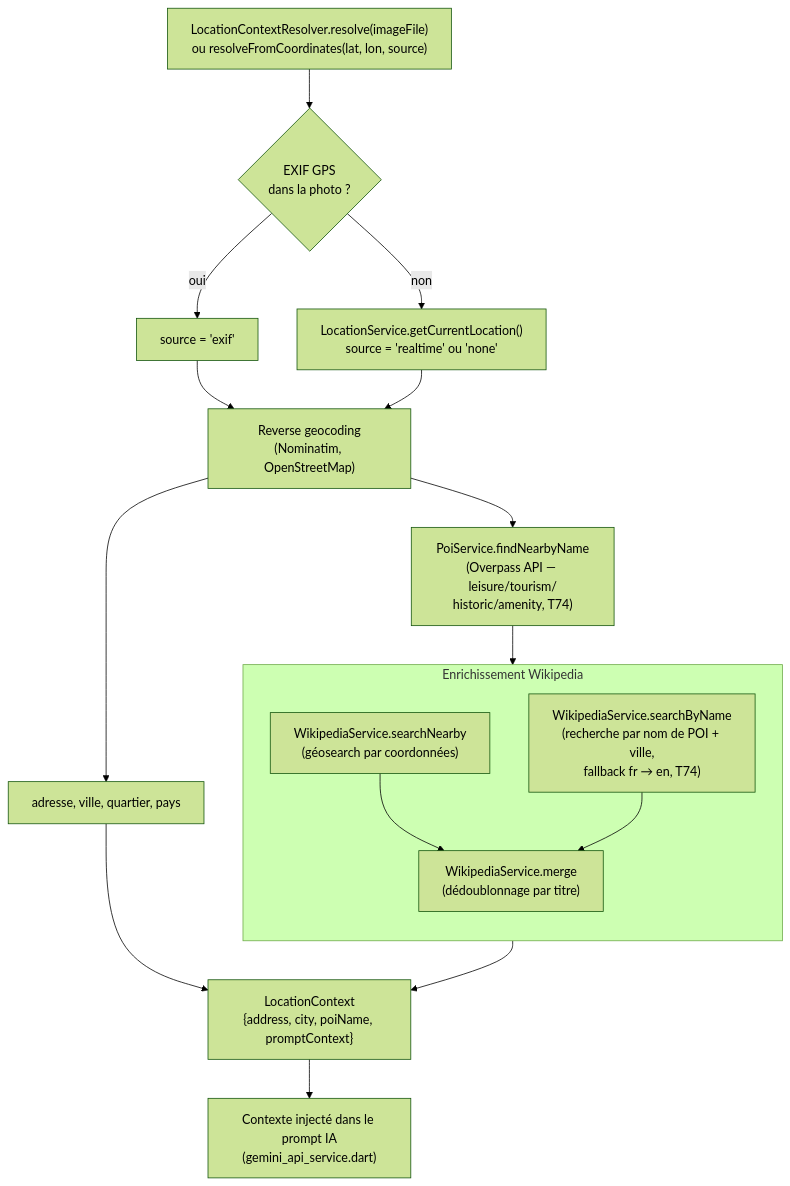
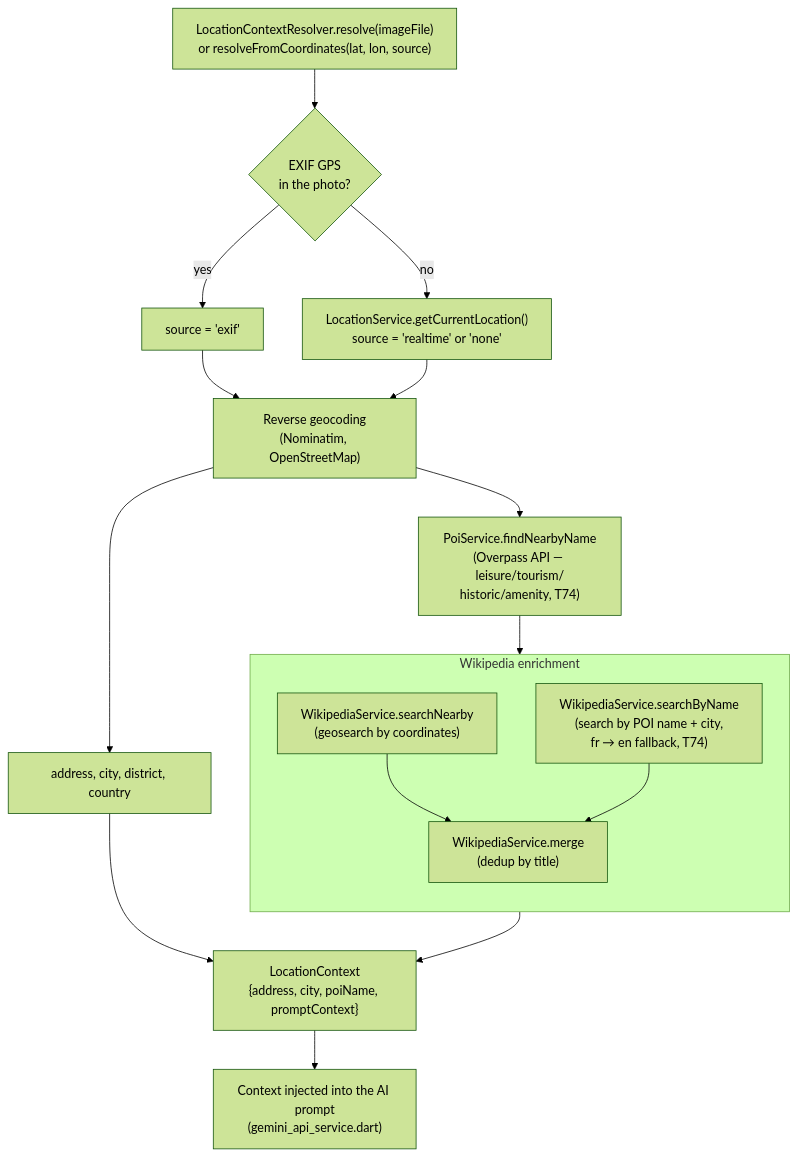
One commit to Nohzoh/AudioLens changed the second of 3 diagrams in ARCHITECTURE.md. Above: the diagram before and after it, drawn with Mermaid (forest theme). The commit also changed other lines of this file and 7 other files, not shown here.

````diff
--- a/ARCHITECTURE.md
+++ b/ARCHITECTURE.md
@@ -79,27 +80,27 @@
 ```mermaid
 flowchart TD
-    Start["LocationContextResolver.resolve(imageFile)\nou resolveFromCoordinates(lat, lon, source)"]
-    Start --> Exif{EXIF GPS\ndans la photo ?}
-    Exif -- oui --> FromCoords["source = 'exif'"]
-    Exif -- non --> Realtime["LocationService.getCurrentLocation()\nsource = 'realtime' ou 'none'"]
+    Start["LocationContextResolver.resolve(imageFile)\nor resolveFromCoordinates(lat, lon, source)"]
+    Start --> Exif{EXIF GPS\nin the photo?}
+    Exif -- yes --> FromCoords["source = 'exif'"]
+    Exif -- no --> Realtime["LocationService.getCurrentLocation()\nsource = 'realtime' or 'none'"]
     FromCoords --> Geocode
     Realtime --> Geocode
 
     Geocode["Reverse geocoding\n(Nominatim, OpenStreetMap)"] --> Poi
-    Geocode --> Address["adresse, ville, quartier, pays"]
+    Geocode --> Address["address, city, district, country"]
 
     Poi["PoiService.findNearbyName\n(Overpass API — leisure/tourism/\nhistoric/amenity, T74)"] --> WikiName
 
-    subgraph Wiki["Enrichissement Wikipedia"]
+    subgraph Wiki["Wikipedia enrichment"]
         direction TB
-        WikiGeo["WikipediaService.searchNearby\n(géosearch par coordonnées)"]
-        WikiName["WikipediaService.searchByName\n(recherche par nom de POI + ville,\nfallback fr → en, T74)"]
-        Merge["WikipediaService.merge\n(dédoublonnage par titre)"]
+        WikiGeo["WikipediaService.searchNearby\n(geosearch by coordinates)"]
+        WikiName["WikipediaService.searchByName\n(search by POI name + city,\nfr → en fallback, T74)"]
+        Merge["WikipediaService.merge\n(dedup by title)"]
         WikiGeo --> Merge
         WikiName --> Merge
     end
 
     Address --> Context["LocationContext\n{address, city, poiName, promptContext}"]
     Merge --> Context
-    Context --> Prompt["Contexte injecté dans le prompt IA\n(gemini_api_service.dart)"]
+    Context --> Prompt["Context injected into the AI prompt\n(gemini_api_service.dart)"]
 ```
````
